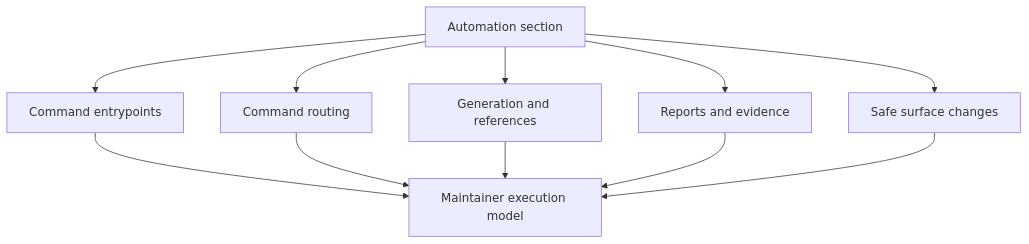
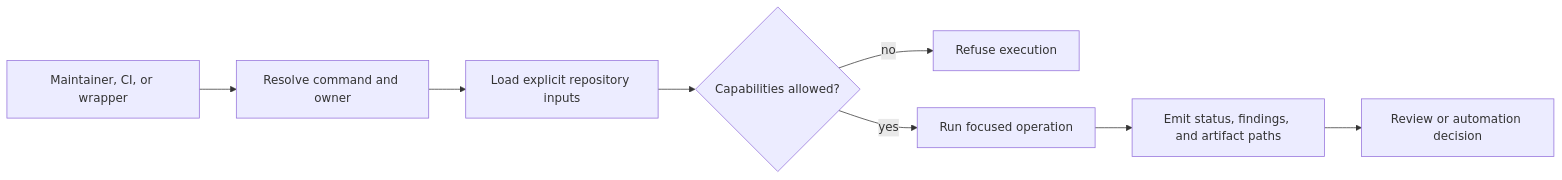
One commit to bijux/bijux-atlas changed the diagram in docs/bijux-atlas-dev/automation/index.md. Above: the diagram before and after it, drawn with Mermaid. The commit also changed other lines of this file and 2 other files, not shown here.

Commit message:
docs(maintainers): define workspace and automation authorities

````diff
--- a/docs/bijux-atlas-dev/automation/index.md
+++ b/docs/bijux-atlas-dev/automation/index.md
@@ -14,13 +17,10 @@
 ```mermaid
-flowchart TD
-    Automation[Automation section] --> Entry[Command entrypoints]
-    Automation --> Routing[Command routing]
-    Automation --> Generate[Generation and references]
-    Automation --> Reports[Reports and evidence]
-    Automation --> Extensions[Safe surface changes]
-    Entry --> Model[Maintainer execution model]
-    Routing --> Model
-    Generate --> Model
-    Reports --> Model
-    Extensions --> Model
+flowchart LR
+    Caller[Maintainer, CI, or wrapper] --> Command[Resolve command and owner]
+    Command --> Inputs[Load explicit repository inputs]
+    Inputs --> Capabilities{Capabilities allowed?}
+    Capabilities -->|no| Deny[Refuse execution]
+    Capabilities -->|yes| Execute[Run focused operation]
+    Execute --> Report[Emit status, findings, and artifact paths]
+    Report --> Decision[Review or automation decision]
 ```
````
